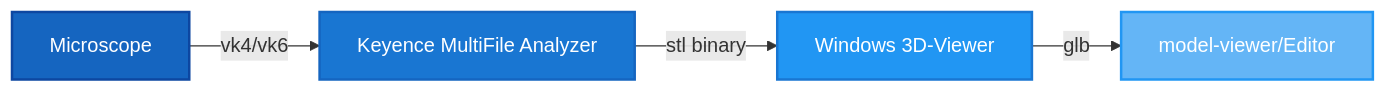
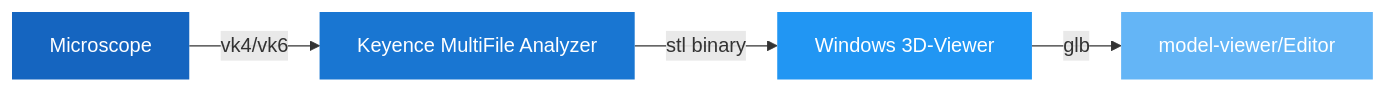
One commit to Jajaho/jajaho.github.io changed the diagram in content/post/ic-microscopy/index.md. Above: the diagram before and after it, drawn with Mermaid. The commit also changed other lines of this file and 2 other files, not shown here.

Commit message:
Add model-viewer-fullscreen shortcode (still has some sideeffect issues)

````diff
--- a/content/post/ic-microscopy/index.md
+++ b/content/post/ic-microscopy/index.md
@@ -43,11 +45,11 @@
 ```mermaid
     flowchart LR
-    M[Microscope] -->|vk4/vk6| MA[Keyence MultiFile Analyzer]
-    MA -->|stl binary| W[Windows 3D-Viewer]
-    W -->|glb| MV[model-viewer/Editor]
+    M[Microscope] -->| vk4/vk6 | MA[Keyence MultiFile Analyzer]
+    MA -->| stl binary | W[Windows 3D-Viewer]
+    W -->| glb | MV[model-viewer/Editor]
 
-    style M fill:#1565c0,stroke:#0d47a1,stroke-width:2px,color:#fff
-    style MA fill:#1976d2,stroke:#1565c0,stroke-width:2px,color:#fff
-    style W fill:#2196f3,stroke:#1976d2,stroke-width:2px,color:#fff
-    style MV fill:#64b5f6,stroke:#2196f3,stroke-width:2px,color:#fff
+    style M fill:#1565c0,stroke-width:0px,color:#fff
+    style MA fill:#1976d2,stroke-width:0px,color:#fff
+    style W fill:#2196f3,stroke-width:0px,color:#fff
+    style MV fill:#64b5f6,stroke-width:0px,color:#fff
 ```
````
